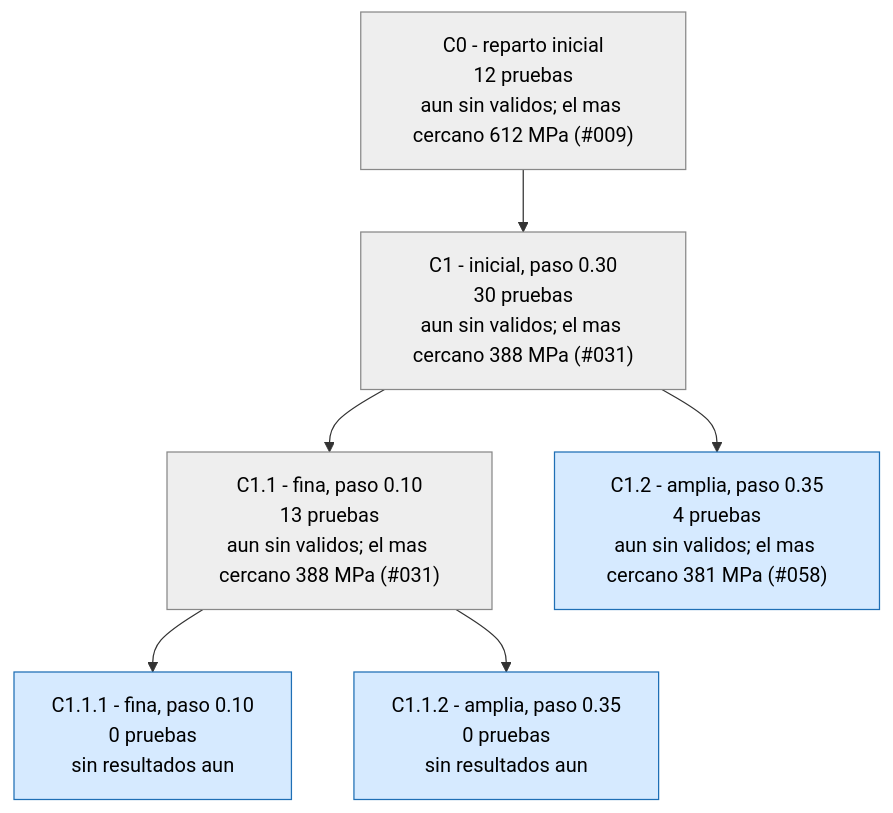
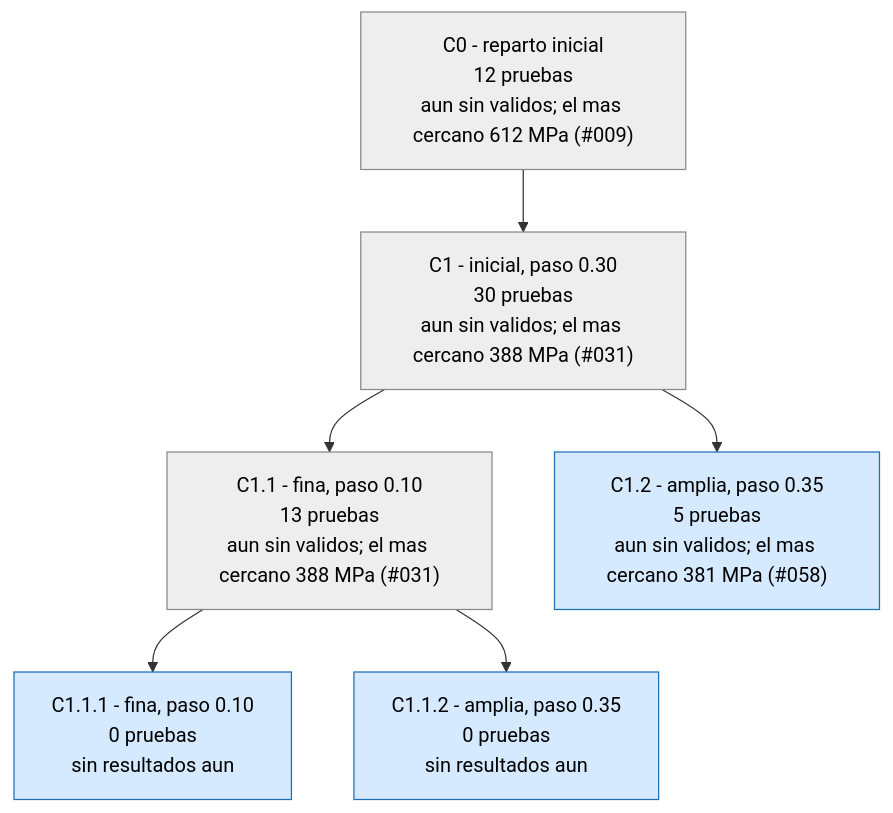
The third of 3 diagrams in runs/opt_37800N/ARBOL.md (Hugiko/msd-soporte-optimizacion), drawn with Mermaid before and after one commit. The commit also changed 19 other files, not shown here.

````diff
--- a/runs/opt_37800N/ARBOL.md
+++ b/runs/opt_37800N/ARBOL.md
@@ -65,17 +65,17 @@
 ```mermaid
 graph TD
 classDef activa fill:#d6eaff,stroke:#1f6fb5,color:#000
 classDef fin fill:#eeeeee,stroke:#888,color:#000
 classDef mejor fill:#c8f0c0,stroke:#1a9850,stroke-width:4px,color:#000
 C0["C0 - reparto inicial<br/>12 pruebas<br/>aun sin validos; el mas cercano 612 MPa (#009)"]:::fin
 C1["C1 - inicial, paso 0.30<br/>30 pruebas<br/>aun sin validos; el mas cercano 388 MPa (#031)"]:::fin
 C0 --> C1
 C1_1["C1.1 - fina, paso 0.10<br/>13 pruebas<br/>aun sin validos; el mas cercano 388 MPa (#031)"]:::fin
 C1 --> C1_1
-C1_2["C1.2 - amplia, paso 0.35<br/>4 pruebas<br/>aun sin validos; el mas cercano 381 MPa (#058)"]:::activa
+C1_2["C1.2 - amplia, paso 0.35<br/>5 pruebas<br/>aun sin validos; el mas cercano 381 MPa (#058)"]:::activa
 C1 --> C1_2
 C1_1_1["C1.1.1 - fina, paso 0.10<br/>0 pruebas<br/>sin resultados aun"]:::activa
 C1_1 --> C1_1_1
 C1_1_2["C1.1.2 - amplia, paso 0.35<br/>0 pruebas<br/>sin resultados aun"]:::activa
 C1_1 --> C1_1_2
 ```
````
